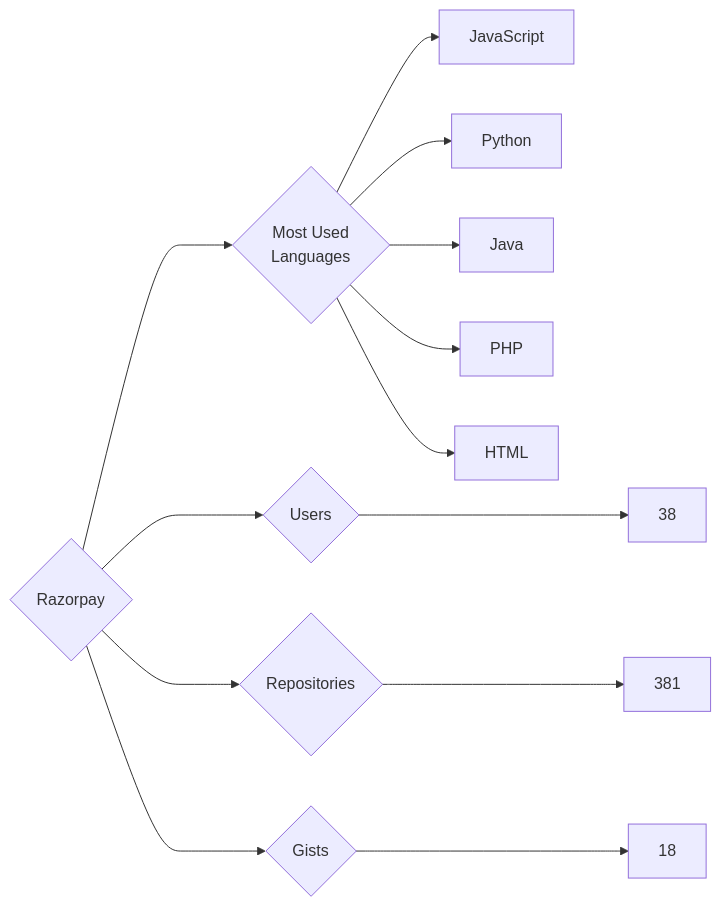
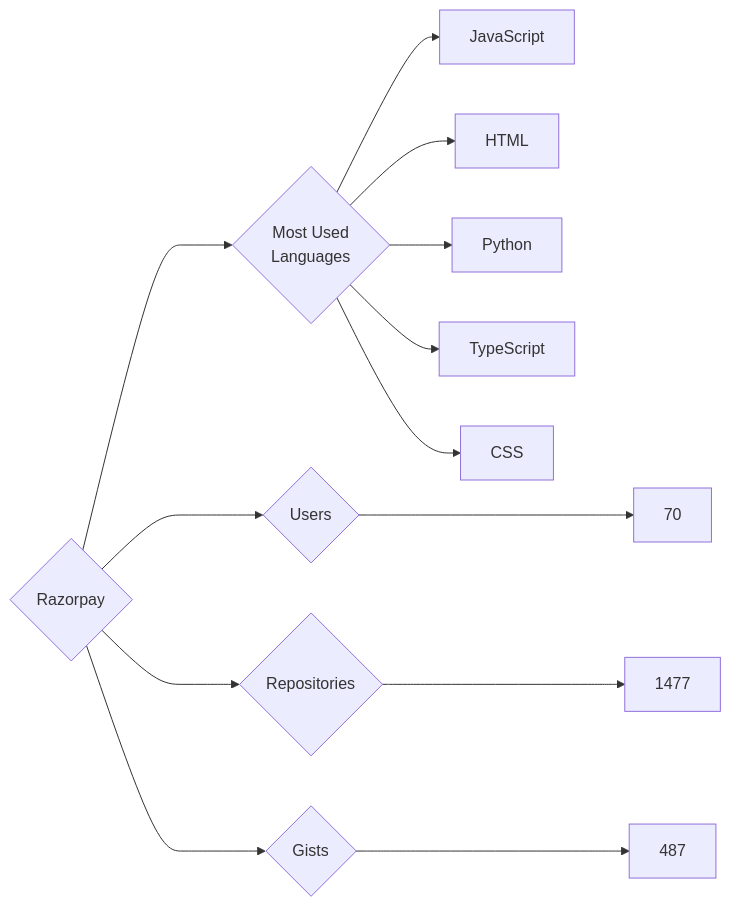
One commit to trickest/insiders changed the diagram in targets/Razorpay/README.md. Above: the diagram before and after it, drawn with Mermaid. The commit also changed 796 other files, not shown here.

````diff
--- a/targets/Razorpay/README.md
+++ b/targets/Razorpay/README.md
@@ -3,13 +3,13 @@
 ```mermaid
 graph LR
 COMPANY_NAME{Razorpay}
-COMPANY_NAME ---> U{Users} ---> UN[38]
-COMPANY_NAME ---> R{Repositories} ---> RN[381]
-COMPANY_NAME ---> G{Gists} ---> GN[18]
+COMPANY_NAME ---> U{Users} ---> UN[70]
+COMPANY_NAME ---> R{Repositories} ---> RN[1477]
+COMPANY_NAME ---> G{Gists} ---> GN[487]
 COMPANY_NAME ---> ML{Most Used<br>Languages}
 ML --> JavaScript[JavaScript]
+ML --> HTML[HTML]
 ML --> Python[Python]
-ML --> Java[Java]
-ML --> PHP[PHP]
-ML --> HTML[HTML]
+ML --> TypeScript[TypeScript]
+ML --> CSS[CSS]
 ```
````
